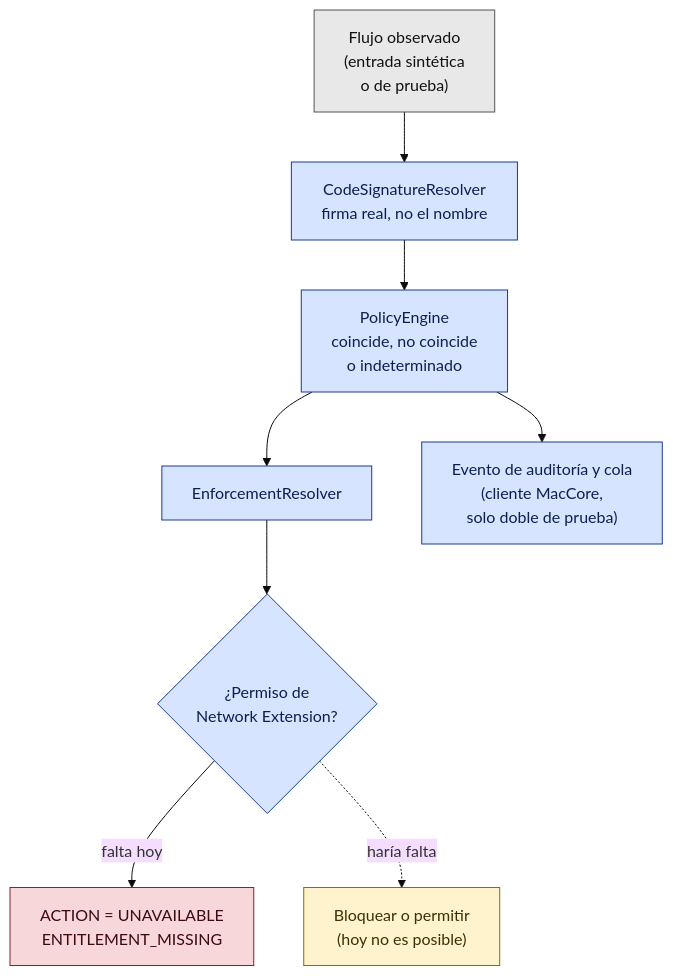
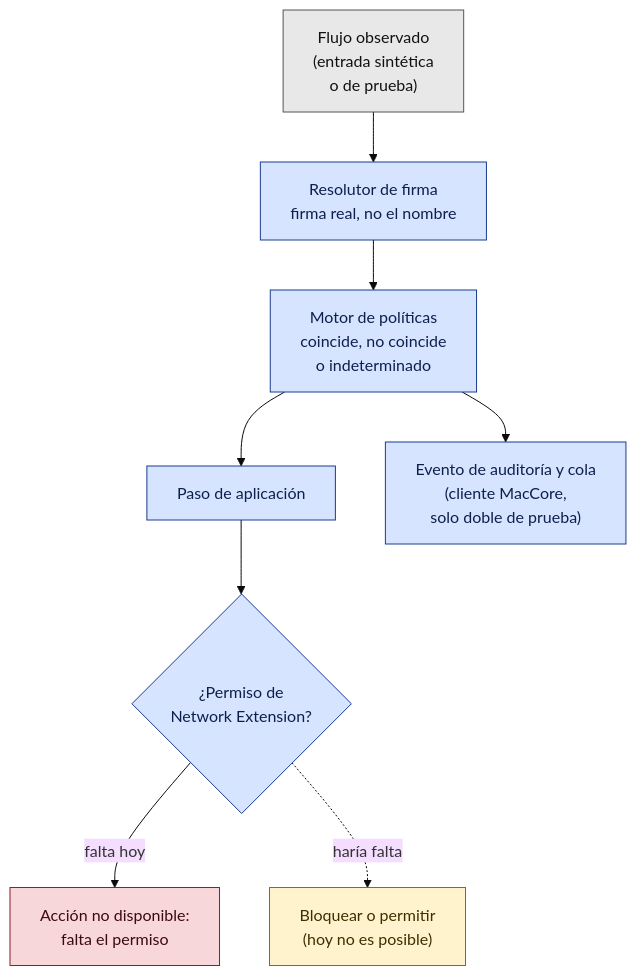
One commit to MacGuard/macguard-yara-channel changed the diagram in docs/wiki/diagrams/firewall-decision.es.mmd. Above: the diagram before and after it, drawn with Mermaid (base theme). The commit also changed 53 other files, not shown here.

```diff
--- a/docs/wiki/diagrams/firewall-decision.es.mmd
+++ b/docs/wiki/diagrams/firewall-decision.es.mmd
@@ -1,12 +1,12 @@
 flowchart TB
-  A["Flujo observado<br/>(entrada sintética<br/>o de prueba)"]:::inp --> B["CodeSignatureResolver<br/>firma real, no el nombre"]:::ok
-  B --> C["PolicyEngine<br/>coincide, no coincide<br/>o indeterminado"]:::ok
-  C --> D["EnforcementResolver"]:::ok
+  A["Flujo observado<br/>(entrada sintética<br/>o de prueba)"]:::inp --> B["Resolutor de firma<br/>firma real, no el nombre"]:::ok
+  B --> C["Motor de políticas<br/>coincide, no coincide<br/>o indeterminado"]:::ok
+  C --> D["Paso de aplicación"]:::ok
   D --> E{"¿Permiso de<br/>Network Extension?"}:::ok
-  E -- "falta hoy" --> F["ACTION = UNAVAILABLE<br/>ENTITLEMENT_MISSING"]:::blocked
+  E -- "falta hoy" --> F["Acción no disponible:<br/>falta el permiso"]:::blocked
   E -. "haría falta" .-> G["Bloquear o permitir<br/>(hoy no es posible)"]:::plan
   C --> H["Evento de auditoría y cola<br/>(cliente MacCore,<br/>solo doble de prueba)"]:::ok
   classDef inp fill:#e8e8e8,stroke:#555555,color:#111111
   classDef ok fill:#d6e4ff,stroke:#1a3d8f,color:#0d1f4d
   classDef blocked fill:#f8d7da,stroke:#842029,color:#3b0a10
   classDef plan fill:#fff3cd,stroke:#8a6d00,color:#3d2f00
```
